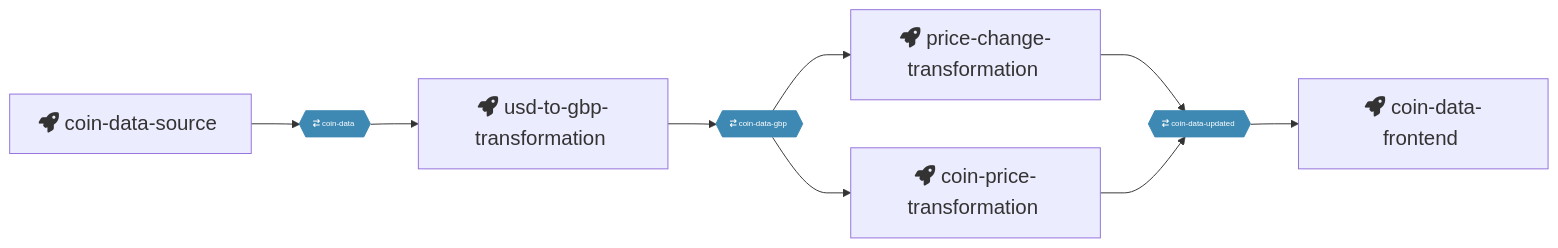
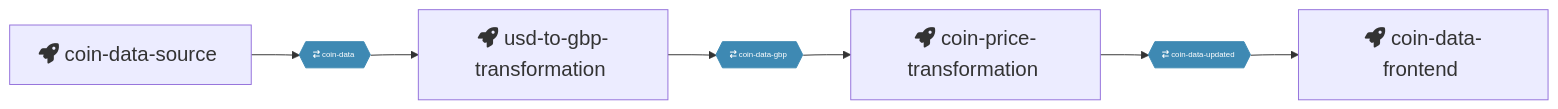
The diagram in pipeline.md (ChrisGilchrist/QuixCoinMarket), drawn with Mermaid before and after one commit. The commit also changed 4 other files, not shown here.

````diff
--- a/pipeline.md
+++ b/pipeline.md
@@ -1,19 +1,17 @@
 ```mermaid
 %%{ init: { 'flowchart': { 'curve': 'monotoneX' } } }%%
 graph LR;
 coin-data-source[fa:fa-rocket coin-data-source &#8205] --> coin-data{{ fa:fa-arrow-right-arrow-left coin-data &#8205}}:::topic;
 coin-data{{ fa:fa-arrow-right-arrow-left coin-data &#8205}}:::topic --> usd-to-gbp-transformation[fa:fa-rocket usd-to-gbp-transformation &#8205];
 usd-to-gbp-transformation[fa:fa-rocket usd-to-gbp-transformation &#8205] --> coin-data-gbp{{ fa:fa-arrow-right-arrow-left coin-data-gbp &#8205}}:::topic;
-coin-data-gbp{{ fa:fa-arrow-right-arrow-left coin-data-gbp &#8205}}:::topic --> price-change-transformation[fa:fa-rocket price-change-transformation &#8205];
-price-change-transformation[fa:fa-rocket price-change-transformation &#8205] --> coin-data-updated{{ fa:fa-arrow-right-arrow-left coin-data-updated &#8205}}:::topic;
 coin-data-updated{{ fa:fa-arrow-right-arrow-left coin-data-updated &#8205}}:::topic --> coin-data-frontend[fa:fa-rocket coin-data-frontend &#8205];
 coin-data-gbp{{ fa:fa-arrow-right-arrow-left coin-data-gbp &#8205}}:::topic --> coin-price-transformation[fa:fa-rocket coin-price-transformation &#8205];
 coin-price-transformation[fa:fa-rocket coin-price-transformation &#8205] --> coin-data-updated{{ fa:fa-arrow-right-arrow-left coin-data-updated &#8205}}:::topic;
 
 
 classDef default font-size:110%;
 classDef topic font-size:80%;
 classDef topic fill:#3E89B3;
 classDef topic stroke:#3E89B3;
 classDef topic color:white;
 ```
````
